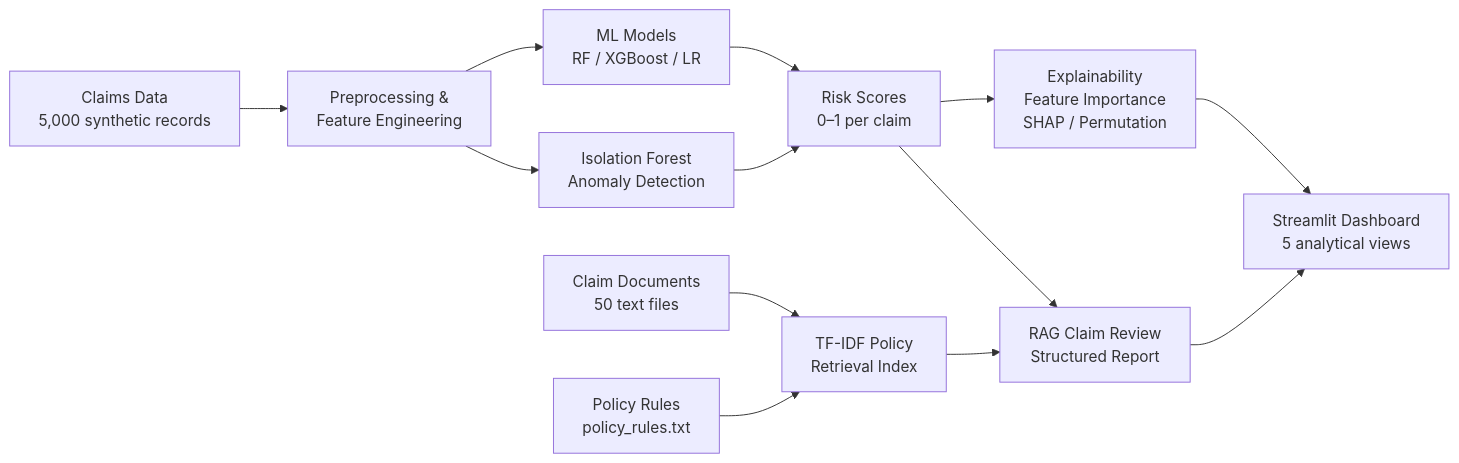
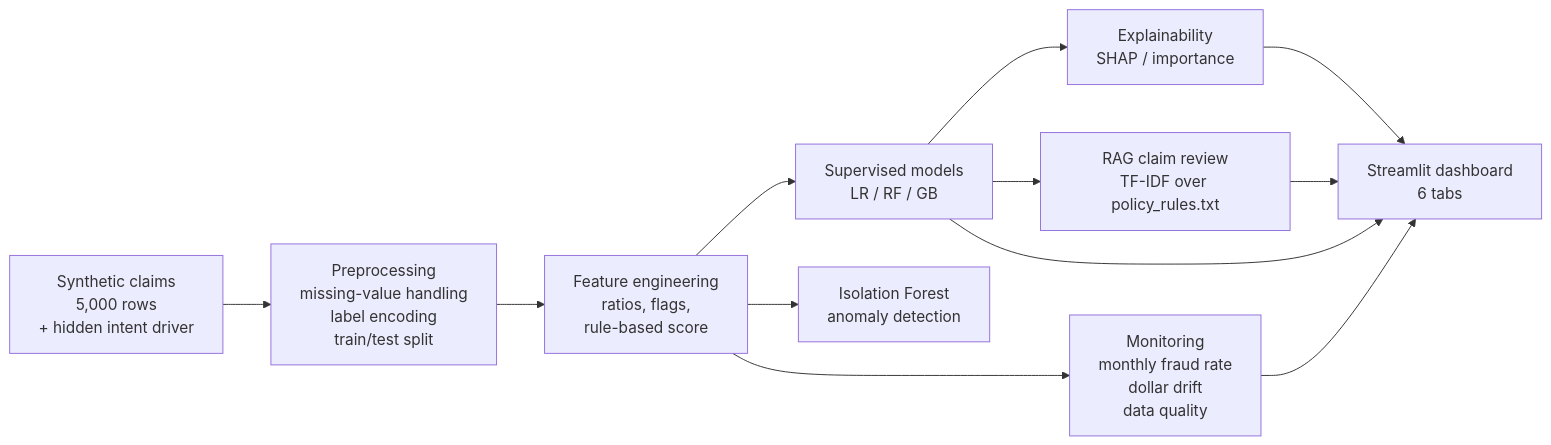
The diagram in README.md (bobaoxu2001/Insurance-FWA-Risk-Scoring-GenAI-Claims-Review-System), drawn with Mermaid before and after one commit. The commit also changed other lines of this file and 93 other files, not shown here.

````diff
--- a/README.md
+++ b/README.md
@@ -33,15 +66,14 @@
 ```mermaid
 flowchart LR
-    A[Claims Data\n5,000 synthetic records] --> B[Preprocessing &\nFeature Engineering]
-    C[Claim Documents\n50 text files] --> D[TF-IDF Policy\nRetrieval Index]
-    E[Policy Rules\npolicy_rules.txt] --> D
-    B --> F[ML Models\nRF / XGBoost / LR]
-    B --> G[Isolation Forest\nAnomaly Detection]
-    F --> H[Risk Scores\n0–1 per claim]
-    G --> H
-    H --> I[Explainability\nFeature Importance\nSHAP / Permutation]
-    H --> J[RAG Claim Review\nStructured Report]
-    D --> J
-    I --> K[Streamlit Dashboard\n5 analytical views]
-    J --> K
+    A[Synthetic claims<br/>5,000 rows<br/>+ hidden intent driver] --> B[Preprocessing<br/>missing-value handling<br/>label encoding<br/>train/test split]
+    B --> C[Feature engineering<br/>ratios, flags,<br/>rule-based score]
+    C --> D[Supervised models<br/>LR / RF / GB]
+    C --> E[Isolation Forest<br/>anomaly detection]
+    D --> F[Explainability<br/>SHAP / importance]
+    D --> G[RAG claim review<br/>TF-IDF over policy_rules.txt]
+    C --> H[Monitoring<br/>monthly fraud rate<br/>dollar drift<br/>data quality]
+    F --> I[Streamlit dashboard<br/>6 tabs]
+    G --> I
+    H --> I
+    D --> I
 ```
````
